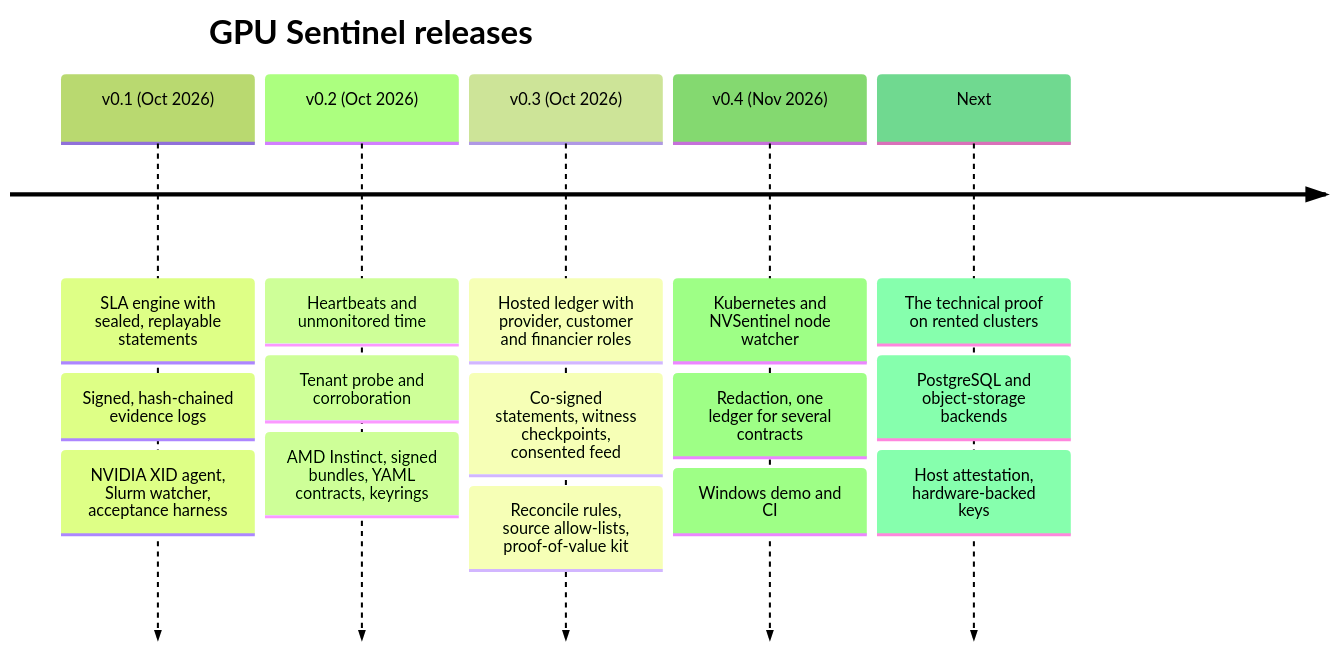
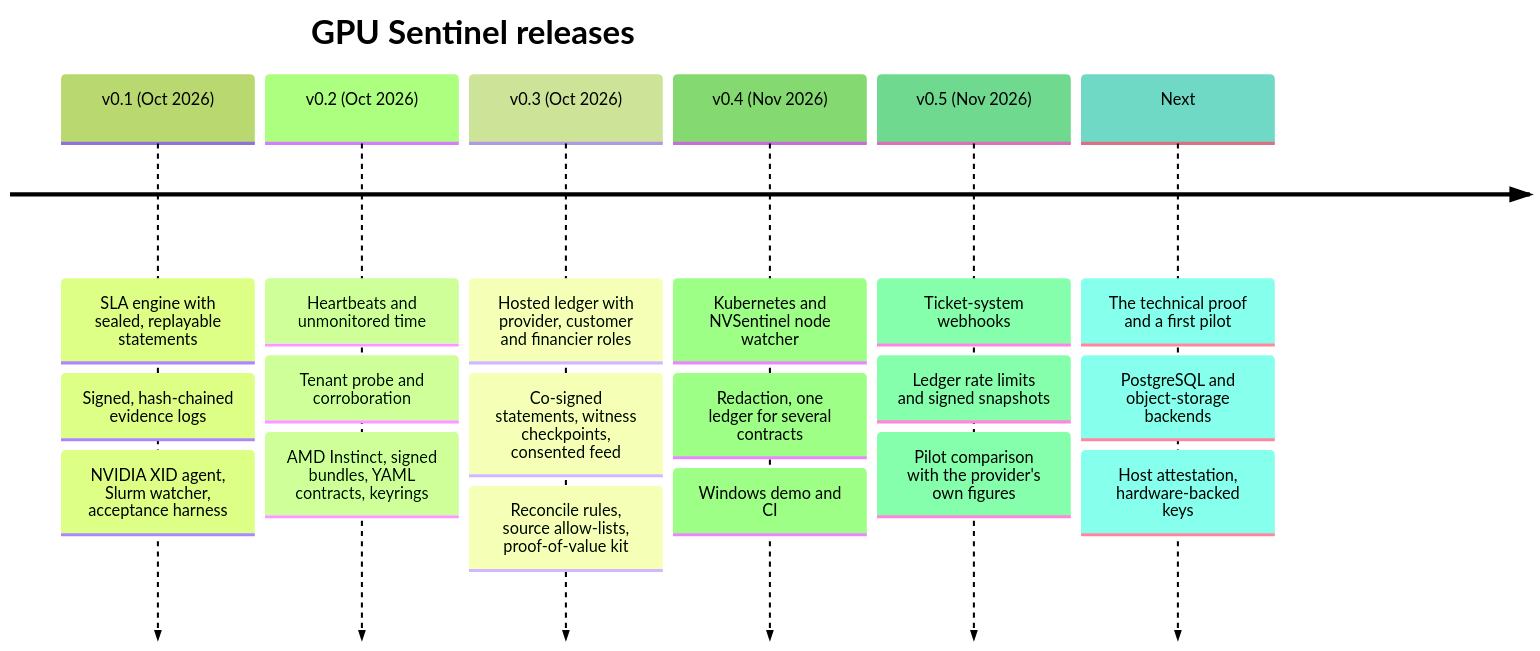
The sixth of 6 diagrams in README.md (Sievehouse/gpu-sentinel), drawn with Mermaid (forest theme) before and after one commit. The commit also changed other lines of this file, not shown here.

````diff
--- a/README.md
+++ b/README.md
@@ -432,19 +455,22 @@
 ```mermaid
 timeline
   title GPU Sentinel releases
   v0.1 (Oct 2026) : SLA engine with sealed, replayable statements
                   : Signed, hash-chained evidence logs
                   : NVIDIA XID agent, Slurm watcher, acceptance harness
   v0.2 (Oct 2026) : Heartbeats and unmonitored time
                   : Tenant probe and corroboration
                   : AMD Instinct, signed bundles, YAML contracts, keyrings
   v0.3 (Oct 2026) : Hosted ledger with provider, customer and financier roles
                   : Co-signed statements, witness checkpoints, consented feed
                   : Reconcile rules, source allow-lists, proof-of-value kit
   v0.4 (Nov 2026) : Kubernetes and NVSentinel node watcher
                   : Redaction, one ledger for several contracts
                   : Windows demo and CI
-  Next            : The technical proof on rented clusters
+  v0.5 (Nov 2026) : Ticket-system webhooks
+                  : Ledger rate limits and signed snapshots
+                  : Pilot comparison with the provider's own figures
+  Next            : The technical proof and a first pilot
                   : PostgreSQL and object-storage backends
                   : Host attestation, hardware-backed keys
 ```
````
